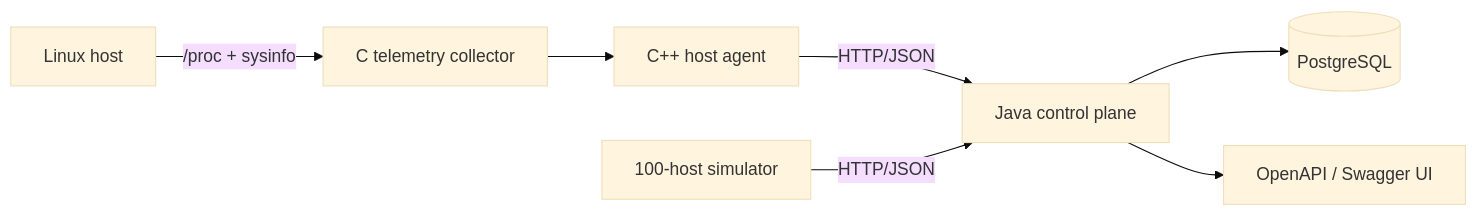
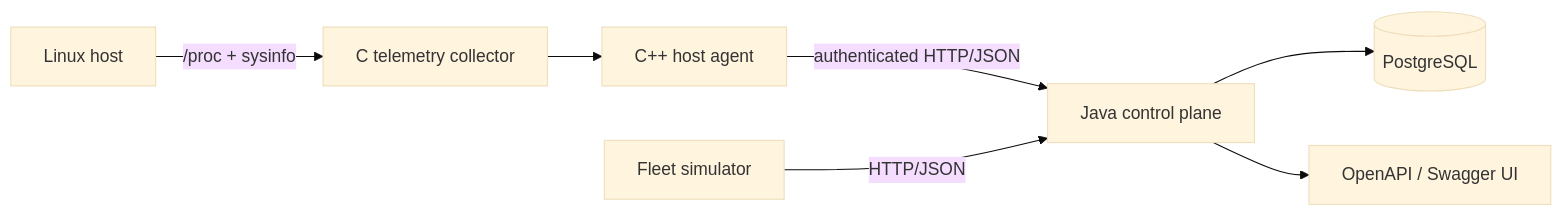
Before and after one commit to yjr28/NorthStar: the diagram in README.md, drawn with Mermaid (base theme). The commit also changed other lines of this file and 8 other files, not shown here.

````diff
--- a/README.md
+++ b/README.md
@@ -9,9 +9,9 @@
 ```mermaid
 flowchart LR
     H[Linux host] -->|/proc + sysinfo| C[C telemetry collector]
     C --> A[C++ host agent]
-    A -->|HTTP/JSON| J[Java control plane]
+    A -->|authenticated HTTP/JSON| J[Java control plane]
     J --> P[(PostgreSQL)]
-    S[100-host simulator] -->|HTTP/JSON| J
+    S[Fleet simulator] -->|HTTP/JSON| J
     J --> O[OpenAPI / Swagger UI]
 ```
````
